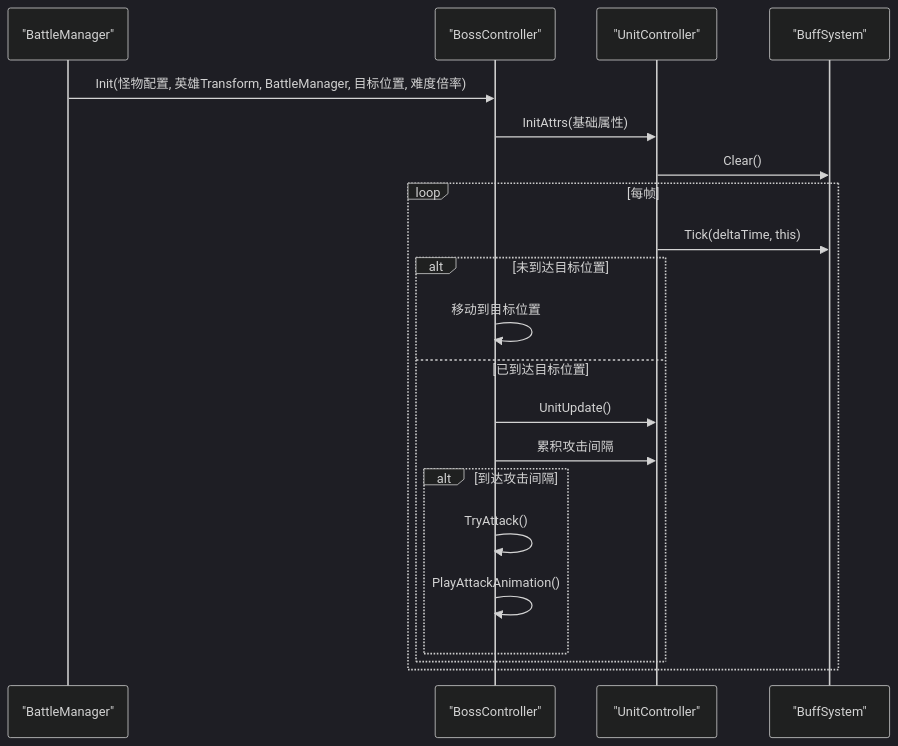
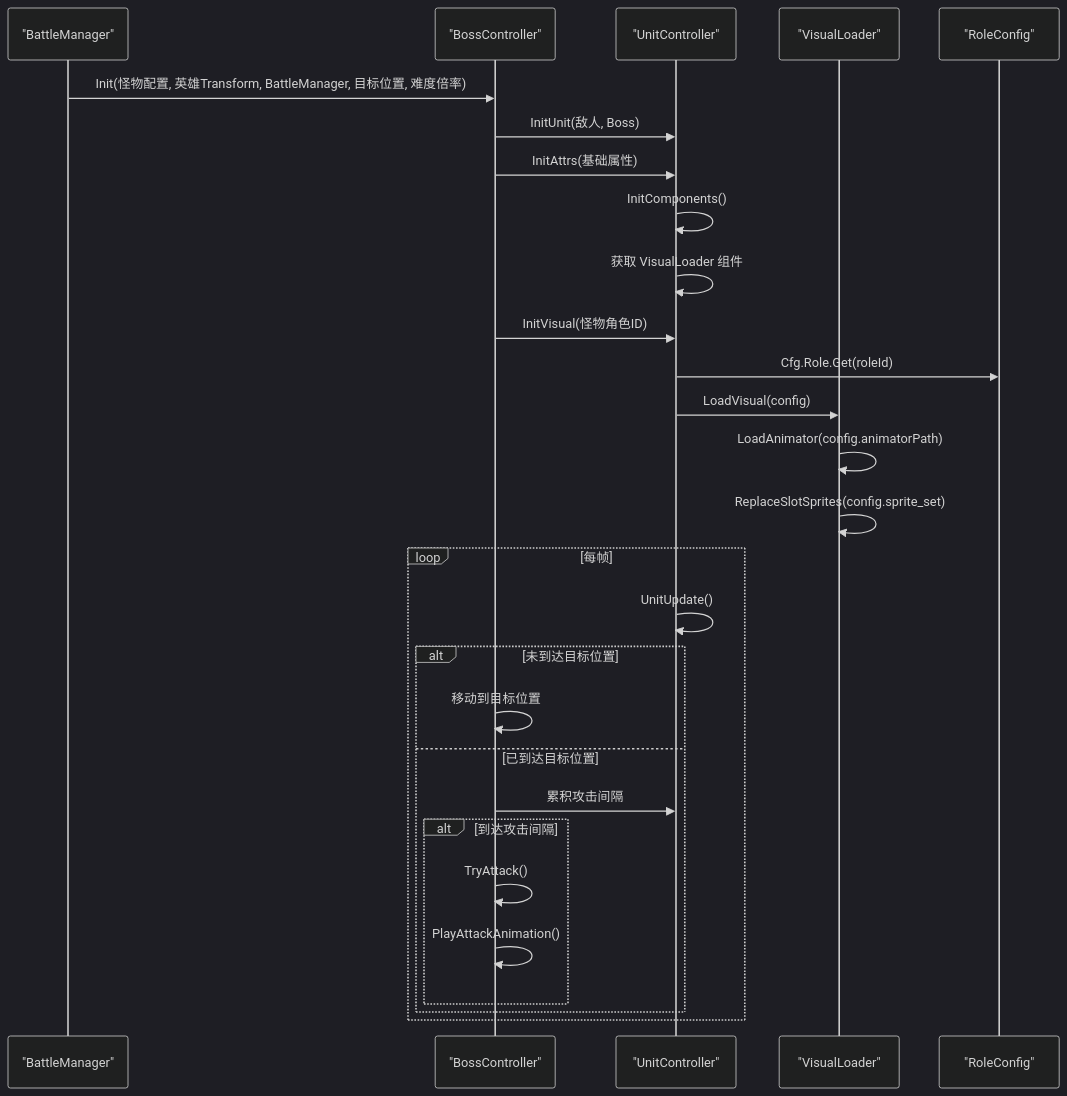
Before and after one commit to Tuusen/p1_client: the fifth of 7 diagrams in .qoder/repowiki/zh/content/战斗系统/角色控制器/角色控制器.md, drawn with Mermaid (dark theme). The commit also changed other lines of this file and 5 other files, not shown here.

````diff
--- a/.qoder/repowiki/zh/content/战斗系统/角色控制器/角色控制器.md
+++ b/.qoder/repowiki/zh/content/战斗系统/角色控制器/角色控制器.md
@@ -363,23 +430,30 @@
 ```mermaid
 sequenceDiagram
 participant BM as "BattleManager"
 participant BC as "BossController"
 participant UC as "UnitController"
-participant BS as "BuffSystem"
+participant VL as "VisualLoader"
+participant RC as "RoleConfig"
 BM->>BC : Init(怪物配置, 英雄Transform, BattleManager, 目标位置, 难度倍率)
+BC->>UC : InitUnit(敌人, Boss)
 BC->>UC : InitAttrs(基础属性)
-UC->>BS : Clear()
+UC->>UC : InitComponents()
+UC->>UC : 获取 VisualLoader 组件
+BC->>UC : InitVisual(怪物角色ID)
+UC->>RC : Cfg.Role.Get(roleId)
+UC->>VL : LoadVisual(config)
+VL->>VL : LoadAnimator(config.animatorPath)
+VL->>VL : ReplaceSlotSprites(config.sprite_set)
 loop 每帧
-UC->>BS : Tick(deltaTime, this)
+UC->>UC : UnitUpdate()
 alt 未到达目标位置
 BC->>BC : 移动到目标位置
 else 已到达目标位置
-BC->>UC : UnitUpdate()
 BC->>UC : 累积攻击间隔
 alt 到达攻击间隔
 BC->>BC : TryAttack()
 BC->>BC : PlayAttackAnimation()
 end
 end
 end
 ```
````
